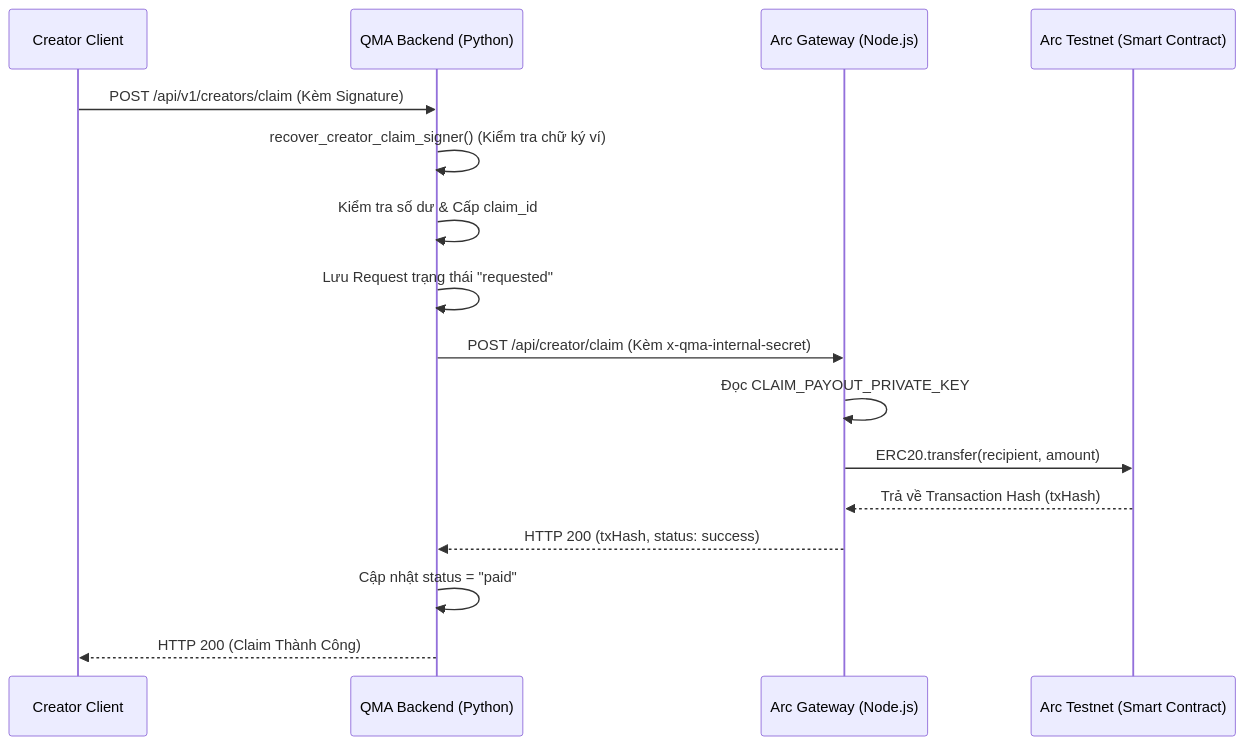
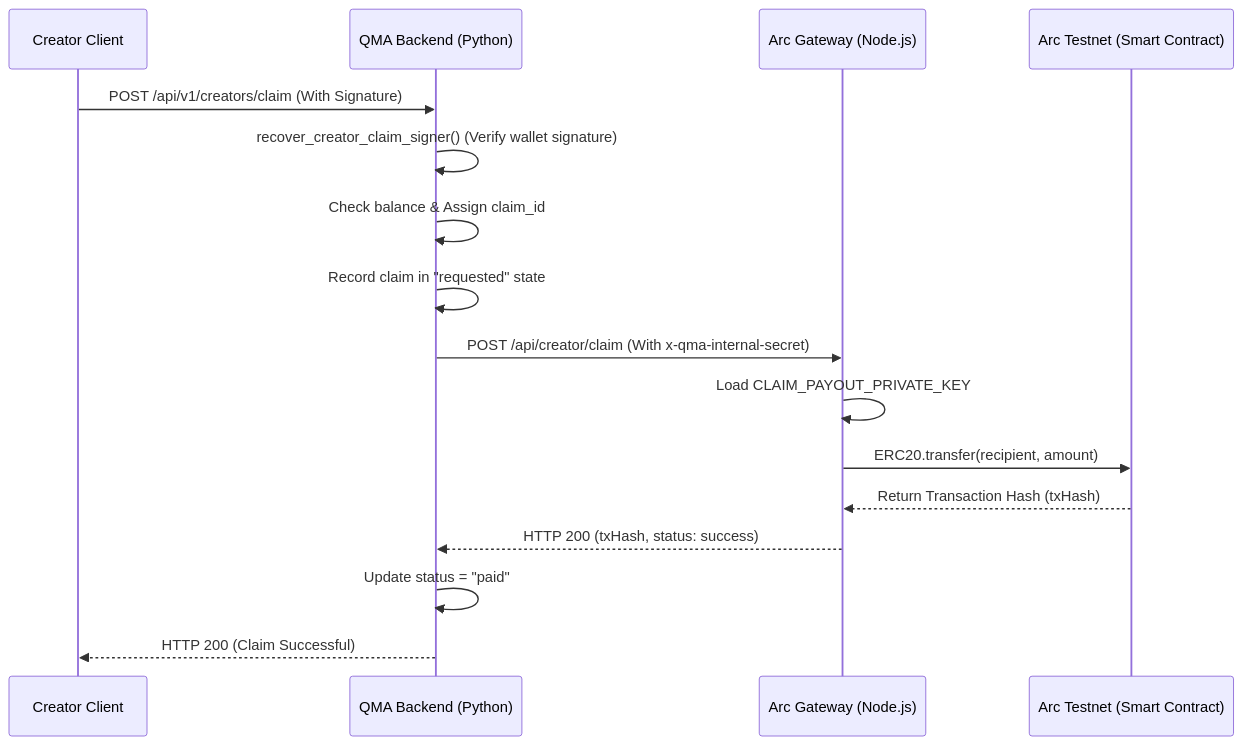
Before and after one commit to hoanlv214/qma: the third of 3 diagrams in docs/audit/04-data-flow.md, drawn with Mermaid. The commit also changed other lines of this file and 39 other files, not shown here.

Commit message:
feat: implement agent wallet session management and add extensive documentation for system architecture, data flows, and audit logs.

````diff
--- a/docs/audit/04-data-flow.md
+++ b/docs/audit/04-data-flow.md
@@ -83,21 +80,21 @@
 ```mermaid
 sequenceDiagram
     participant Creator as Creator Client
     participant Backend as QMA Backend (Python)
     participant ArcGateway as Arc Gateway (Node.js)
     participant Blockchain as Arc Testnet (Smart Contract)
 
-    Creator->>Backend: POST /api/v1/creators/claim (Kèm Signature)
-    Backend->>Backend: recover_creator_claim_signer() (Kiểm tra chữ ký ví)
-    Backend->>Backend: Kiểm tra số dư & Cấp claim_id
-    Backend->>Backend: Lưu Request trạng thái "requested"
+    Creator->>Backend: POST /api/v1/creators/claim (With Signature)
+    Backend->>Backend: recover_creator_claim_signer() (Verify wallet signature)
+    Backend->>Backend: Check balance & Assign claim_id
+    Backend->>Backend: Record claim in "requested" state
     
-    Backend->>ArcGateway: POST /api/creator/claim (Kèm x-qma-internal-secret)
-    ArcGateway->>ArcGateway: Đọc CLAIM_PAYOUT_PRIVATE_KEY
+    Backend->>ArcGateway: POST /api/creator/claim (With x-qma-internal-secret)
+    ArcGateway->>ArcGateway: Load CLAIM_PAYOUT_PRIVATE_KEY
     ArcGateway->>Blockchain: ERC20.transfer(recipient, amount)
-    Blockchain-->>ArcGateway: Trả về Transaction Hash (txHash)
+    Blockchain-->>ArcGateway: Return Transaction Hash (txHash)
     
     ArcGateway-->>Backend: HTTP 200 (txHash, status: success)
-    Backend->>Backend: Cập nhật status = "paid"
-    Backend-->>Creator: HTTP 200 (Claim Thành Công)
+    Backend->>Backend: Update status = "paid"
+    Backend-->>Creator: HTTP 200 (Claim Successful)
 ```
````
